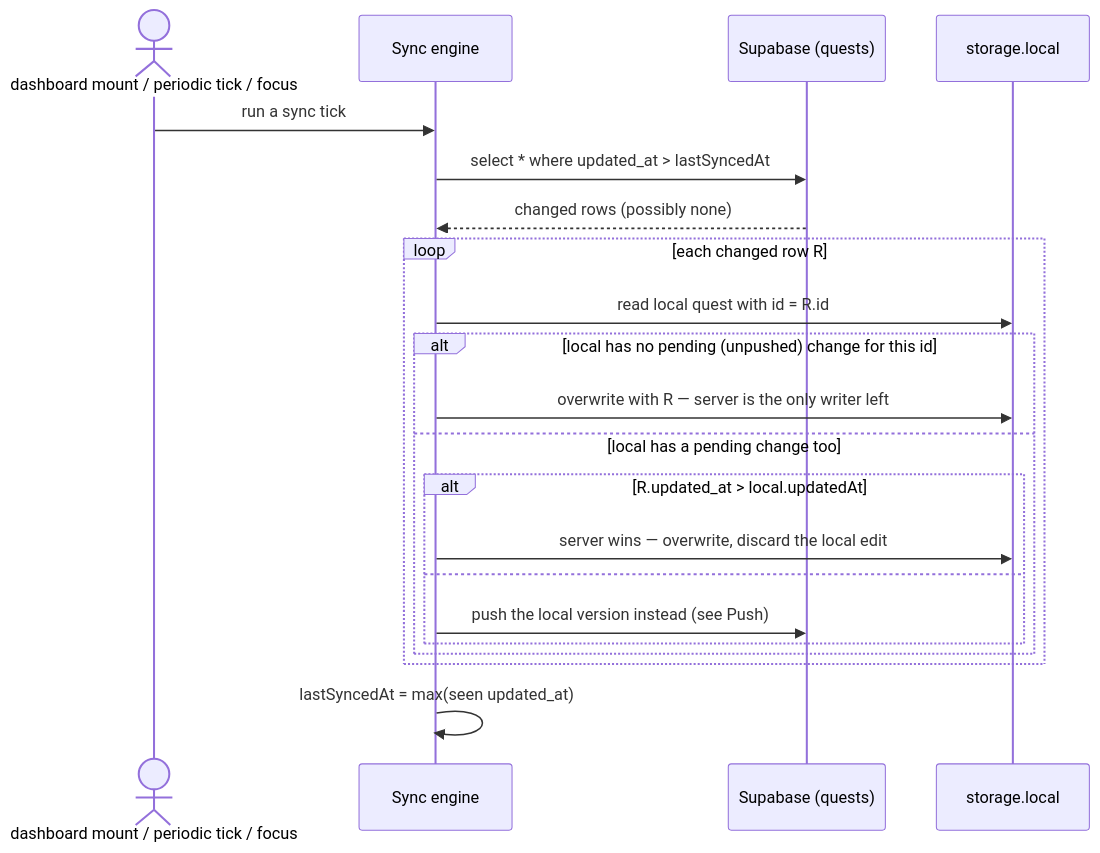
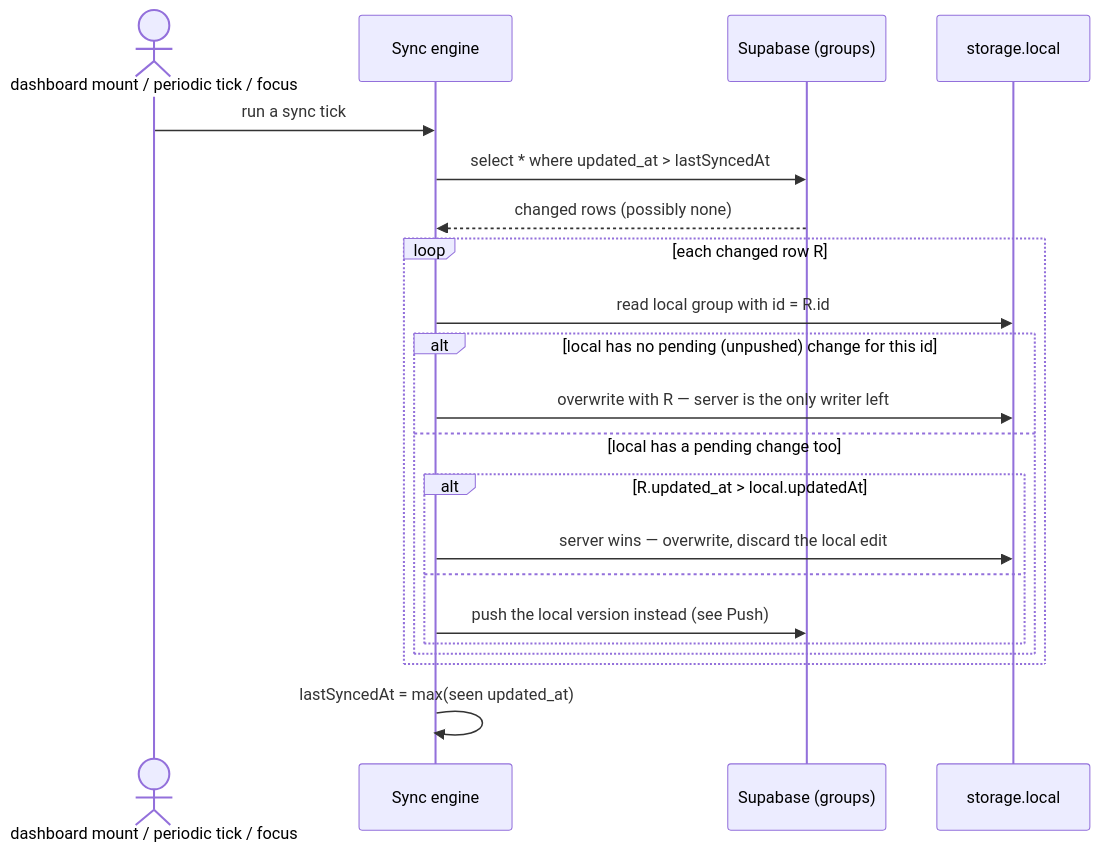
One commit to enyhma/cntxt changed the fourth of 8 diagrams in docs/architecture-sync.md. Above: the diagram before and after it, drawn with Mermaid. The commit also changed other lines of this file and 7 other files, not shown here.

First line of the commit message:
docs: rename Quest to Group across CLAUDE.md and docs/

````diff
--- a/docs/architecture-sync.md
+++ b/docs/architecture-sync.md
@@ -160,24 +160,24 @@
 ```mermaid
 sequenceDiagram
     actor Trigger as dashboard mount / periodic tick / focus
     participant Sync as Sync engine
-    participant PG as Supabase (quests)
+    participant PG as Supabase (groups)
     participant Local as storage.local
 
     Trigger->>Sync: run a sync tick
     Sync->>PG: select * where updated_at > lastSyncedAt
     PG-->>Sync: changed rows (possibly none)
     loop each changed row R
-        Sync->>Local: read local quest with id = R.id
+        Sync->>Local: read local group with id = R.id
         alt local has no pending (unpushed) change for this id
             Sync->>Local: overwrite with R — server is the only writer left
         else local has a pending change too
             alt R.updated_at > local.updatedAt
                 Sync->>Local: server wins — overwrite, discard the local edit
             else
                 Sync->>PG: push the local version instead (see Push)
             end
         end
     end
     Sync->>Sync: lastSyncedAt = max(seen updated_at)
 ```
````
